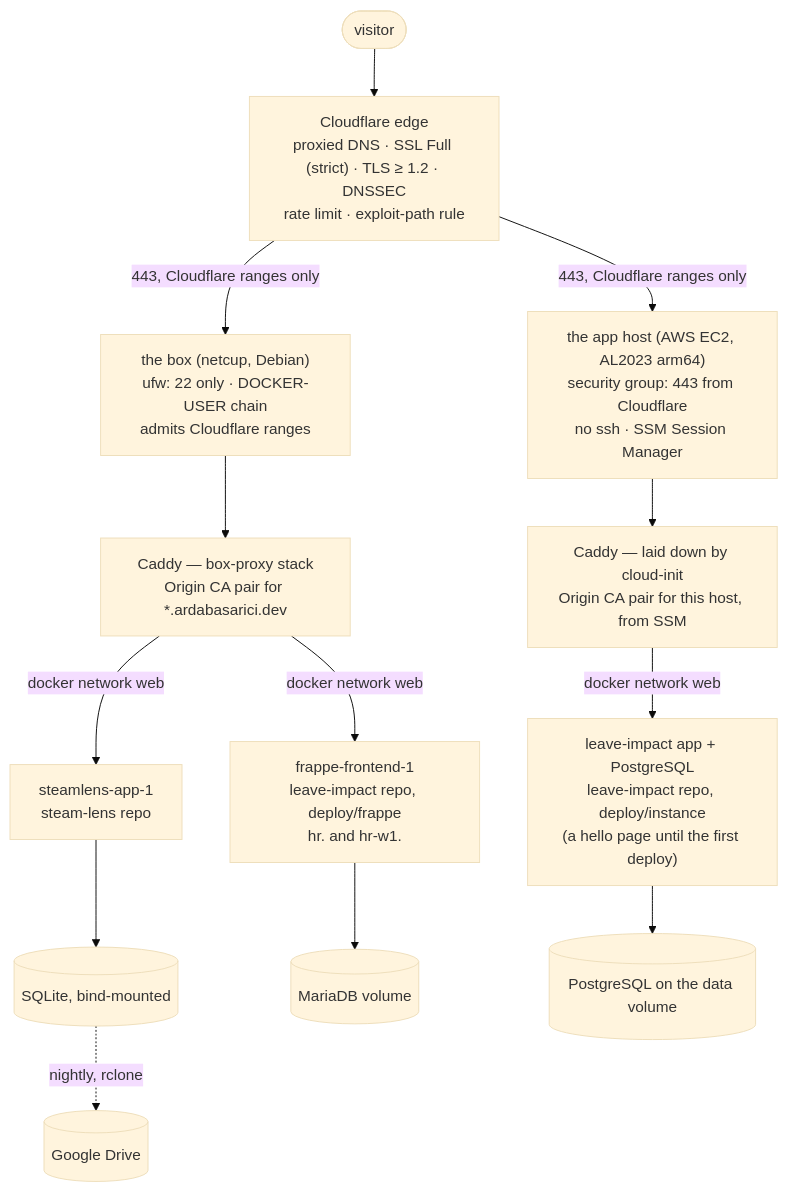
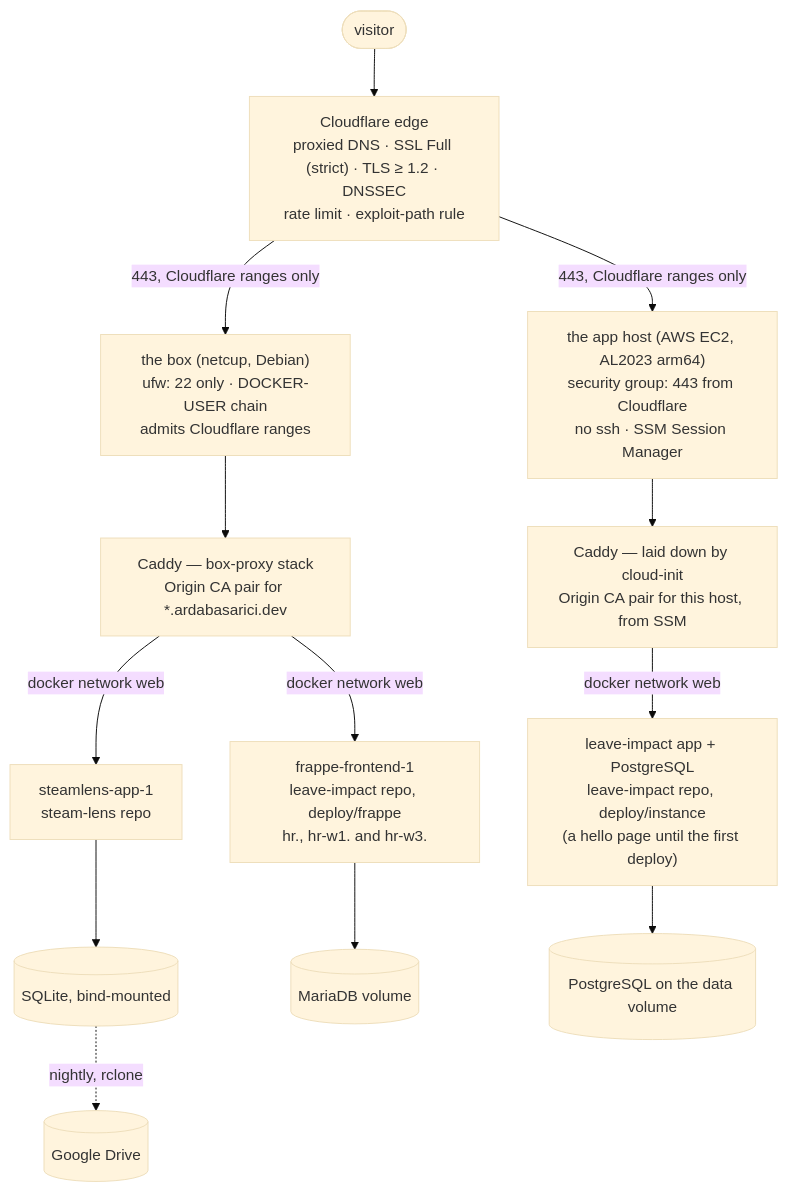
Before and after one commit to arda-basarici/platform: the first of 3 diagrams in ARCHITECTURE.md, drawn with Mermaid (base theme). The commit also changed other lines of this file and 7 other files, not shown here.

````diff
--- a/ARCHITECTURE.md
+++ b/ARCHITECTURE.md
@@ -27,29 +27,29 @@
 ```mermaid
 %%{init: {"flowchart": {"diagramPadding": 150}}}%%
 flowchart TD
     V([visitor]) --> CF["`Cloudflare edge
     proxied DNS · SSL Full (strict) · TLS ≥ 1.2 · DNSSEC
     rate limit · exploit-path rule`"]
     CF -->|"443, Cloudflare ranges only"| FW1["`the box (netcup, Debian)
     ufw: 22 only · DOCKER-USER chain
     admits Cloudflare ranges`"]
     CF -->|"443, Cloudflare ranges only"| FW2["`the app host (AWS EC2, AL2023 arm64)
     security group: 443 from Cloudflare
     no ssh · SSM Session Manager`"]
     FW1 --> C1["`Caddy — box-proxy stack
     Origin CA pair for *.ardabasarici.dev`"]
     FW2 --> C2["`Caddy — laid down by cloud-init
     Origin CA pair for this host, from SSM`"]
     C1 -->|"docker network web"| SL["`steamlens-app-1
     steam-lens repo`"]
     C1 -->|"docker network web"| FR["`frappe-frontend-1
     leave-impact repo, deploy/frappe
-    hr. and hr-w1.`"]
+    hr., hr-w1. and hr-w3.`"]
     C2 -->|"docker network web"| LA["`leave-impact app + PostgreSQL
     leave-impact repo, deploy/instance
     (a hello page until the first deploy)`"]
     SL --> SLDB[("SQLite, bind-mounted")]
     FR --> FRDB[("MariaDB volume")]
     LA --> LADB[("PostgreSQL on the data volume")]
     SLDB -.->|"nightly, rclone"| DRIVE[("Google Drive")]
 ```
````
